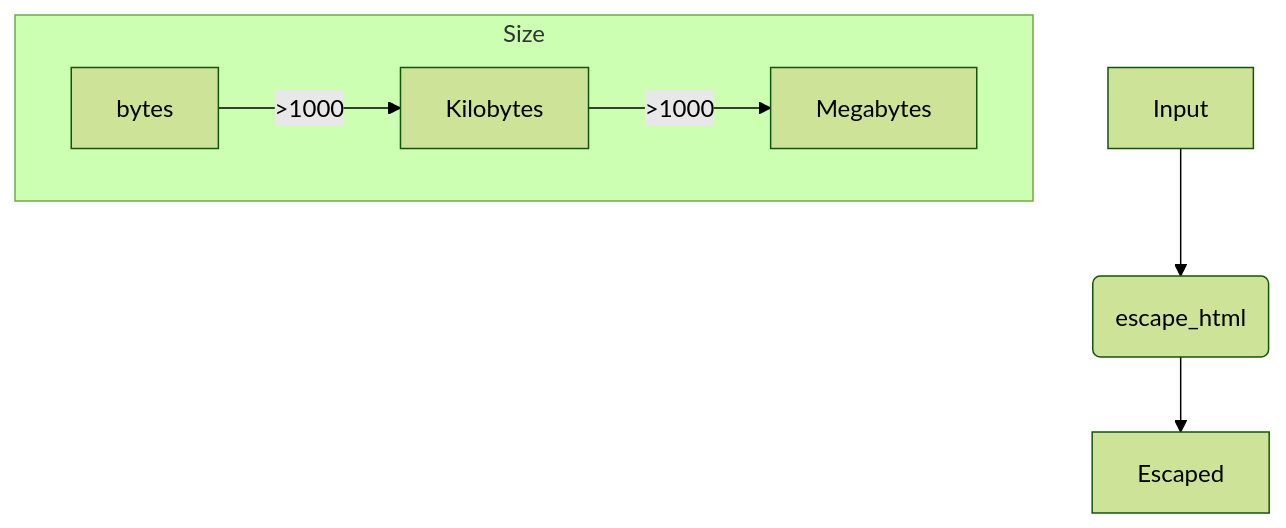
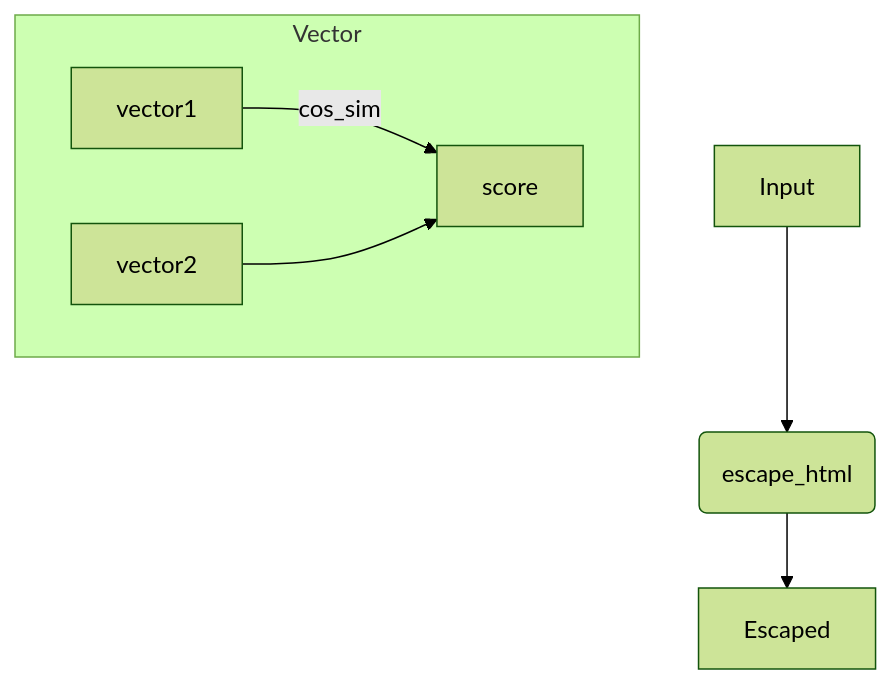
The diagram in smart-utils/spec.md (brianpetro/jsbrains), drawn with Mermaid (forest theme) before and after one commit. The commit also changed other lines of this file and 30 other files, not shown here.

````diff
--- a/smart-utils/spec.md
+++ b/smart-utils/spec.md
@@ -18,9 +20,8 @@
 ```mermaid
 flowchart TD
 				A[Input] --> B(escape_html) --> C[Escaped]
-
-		subgraph Size
-				BYTES[bytes] -->|>1000| KB[Kilobytes]
-				KB -->|>1000| MB[Megabytes]
+		subgraph Vector
+				V1[vector1] -- cos_sim --> Out[score]
+				V2[vector2] --> Out
 		end
 ```
````
